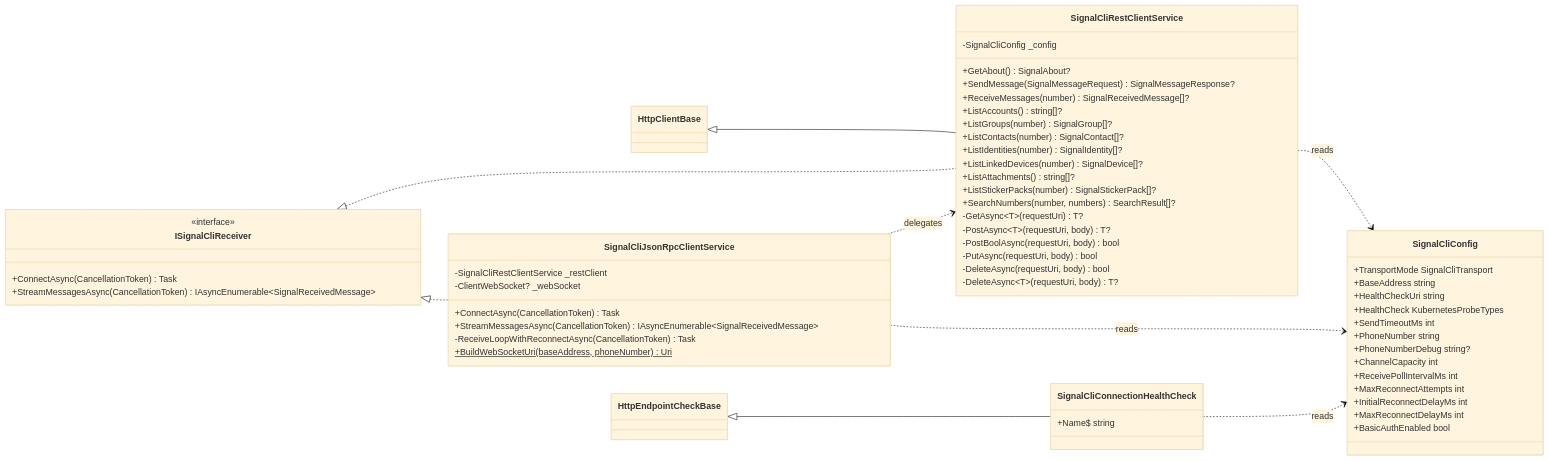
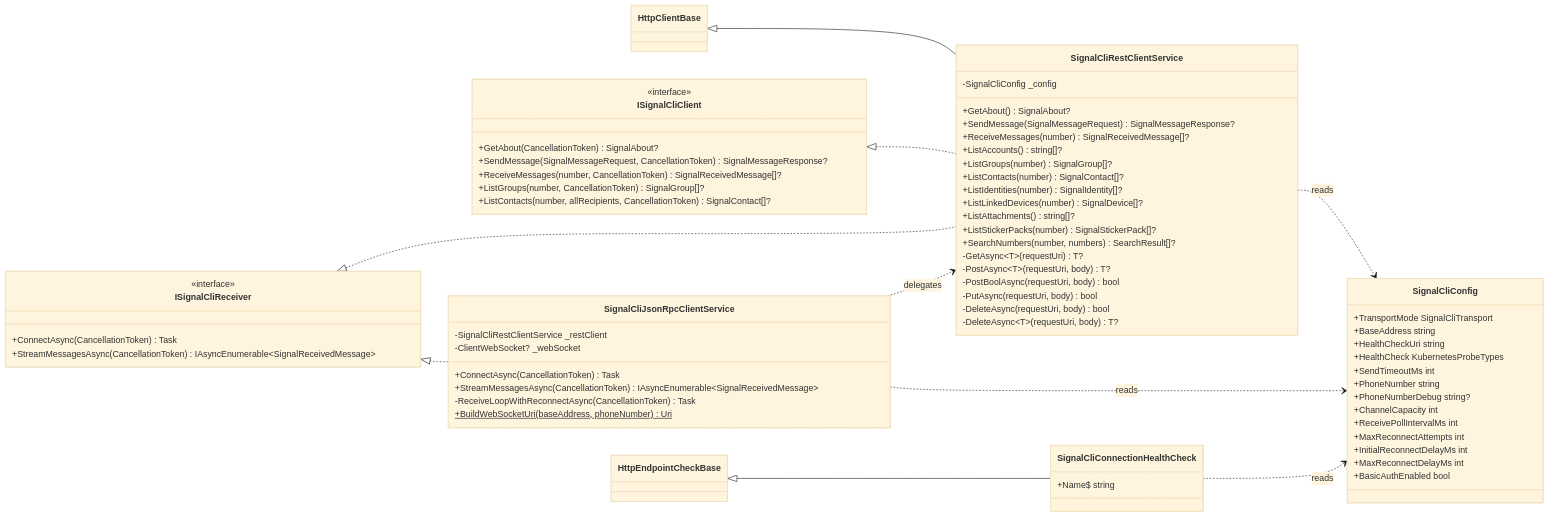
Before and after one commit to f2calv/SmartHaus: the first of 2 diagrams in src/CasCap.Api.SignalCli/README.md, drawn with Mermaid (base theme). The commit also changed other lines of this file and 4 other files, not shown here.

First line of the commit message:
Introduce ISignalCliClient so the REST surface can be substituted

````diff
--- a/src/CasCap.Api.SignalCli/README.md
+++ b/src/CasCap.Api.SignalCli/README.md
@@ -253,70 +257,80 @@
 ```mermaid
 classDiagram
     direction LR
 
     HttpClientBase <|-- SignalCliRestClientService
     HttpEndpointCheckBase <|-- SignalCliConnectionHealthCheck
+    ISignalCliClient <|.. SignalCliRestClientService
     ISignalCliReceiver <|.. SignalCliRestClientService
     ISignalCliReceiver <|.. SignalCliJsonRpcClientService
     SignalCliJsonRpcClientService ..> SignalCliRestClientService : delegates
+
+    class ISignalCliClient {
+        <<interface>>
+        +GetAbout(CancellationToken) SignalAbout?
+        +SendMessage(SignalMessageRequest, CancellationToken) SignalMessageResponse?
+        +ReceiveMessages(number, CancellationToken) SignalReceivedMessage[]?
+        +ListGroups(number, CancellationToken) SignalGroup[]?
+        +ListContacts(number, allRecipients, CancellationToken) SignalContact[]?
+    }
 
     class ISignalCliReceiver {
         <<interface>>
         +ConnectAsync(CancellationToken) Task
         +StreamMessagesAsync(CancellationToken) IAsyncEnumerable~SignalReceivedMessage~
     }
 
     class SignalCliRestClientService {
         -SignalCliConfig _config
         +GetAbout() SignalAbout?
         +SendMessage(SignalMessageRequest) SignalMessageResponse?
         +ReceiveMessages(number) SignalReceivedMessage[]?
         +ListAccounts() string[]?
         +ListGroups(number) SignalGroup[]?
         +ListContacts(number) SignalContact[]?
         +ListIdentities(number) SignalIdentity[]?
         +ListLinkedDevices(number) SignalDevice[]?
         +ListAttachments() string[]?
         +ListStickerPacks(number) SignalStickerPack[]?
         +SearchNumbers(number, numbers) SearchResult[]?
         -GetAsync~T~(requestUri) T?
         -PostAsync~T~(requestUri, body) T?
         -PostBoolAsync(requestUri, body) bool
         -PutAsync(requestUri, body) bool
         -DeleteAsync(requestUri, body) bool
         -DeleteAsync~T~(requestUri, body) T?
     }
 
     class SignalCliJsonRpcClientService {
         -SignalCliRestClientService _restClient
         -ClientWebSocket? _webSocket
         +ConnectAsync(CancellationToken) Task
         +StreamMessagesAsync(CancellationToken) IAsyncEnumerable~SignalReceivedMessage~
         -ReceiveLoopWithReconnectAsync(CancellationToken) Task
         +BuildWebSocketUri(baseAddress, phoneNumber)$ Uri
     }
 
     class SignalCliConnectionHealthCheck {
         +Name$ string
     }
 
     class SignalCliConfig {
         +TransportMode SignalCliTransport
         +BaseAddress string
         +HealthCheckUri string
         +HealthCheck KubernetesProbeTypes
         +SendTimeoutMs int
         +PhoneNumber string
         +PhoneNumberDebug string?
         +ChannelCapacity int
         +ReceivePollIntervalMs int
         +MaxReconnectAttempts int
         +InitialReconnectDelayMs int
         +MaxReconnectDelayMs int
         +BasicAuthEnabled bool
     }
 
     SignalCliRestClientService ..> SignalCliConfig : reads
     SignalCliJsonRpcClientService ..> SignalCliConfig : reads
     SignalCliConnectionHealthCheck ..> SignalCliConfig : reads
 ```
````
